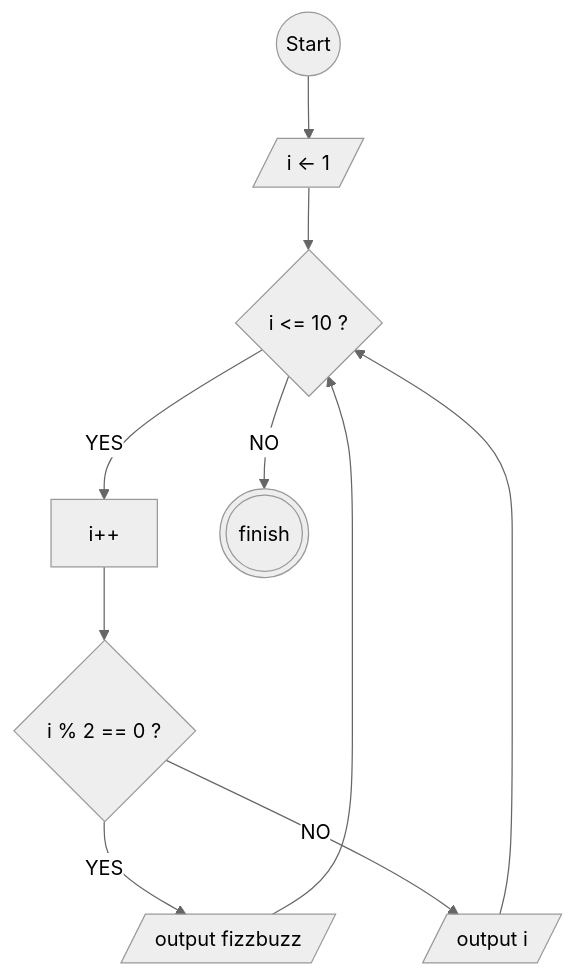
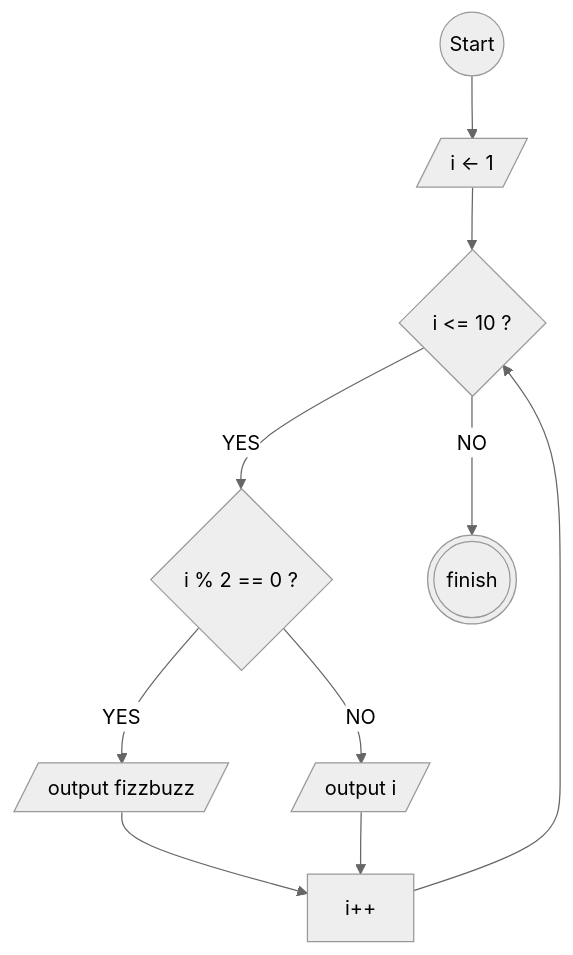
The diagram in koda-b1-algoritm-fizzbuzz.md (bando9/koda-b1-algoritm), drawn with Mermaid (neutral theme) before and after one commit.

Commit message:
fix logic flowchart

````diff
--- a/koda-b1-algoritm-fizzbuzz.md
+++ b/koda-b1-algoritm-fizzbuzz.md
@@ -5,36 +5,37 @@
 ```mermaid
 
 flowchart TD
     start((Start))
 
     input[/i <- 1/]
 
     check1{i <= 10 ?}
 
     increment[i++]
 
     check2{i % 2 == 0 ?}
     fizzbuzz[/output fizzbuzz/]
     nofizzbuzz[/output i/]
 
 
 
     finish(((finish)))
 
 start --> input
 input --> check1
-check1 -- YES --> increment
+check1 -- YES --> check2
 
-increment --> check2
 check2 -- YES --> fizzbuzz
 check2 -- NO --> nofizzbuzz
 
-fizzbuzz --> check1
-nofizzbuzz --> check1
+fizzbuzz --> increment
+nofizzbuzz --> increment
+
+increment --> check1
 
 check1 -- NO --> finish
 
 
 
 
 ```
````
